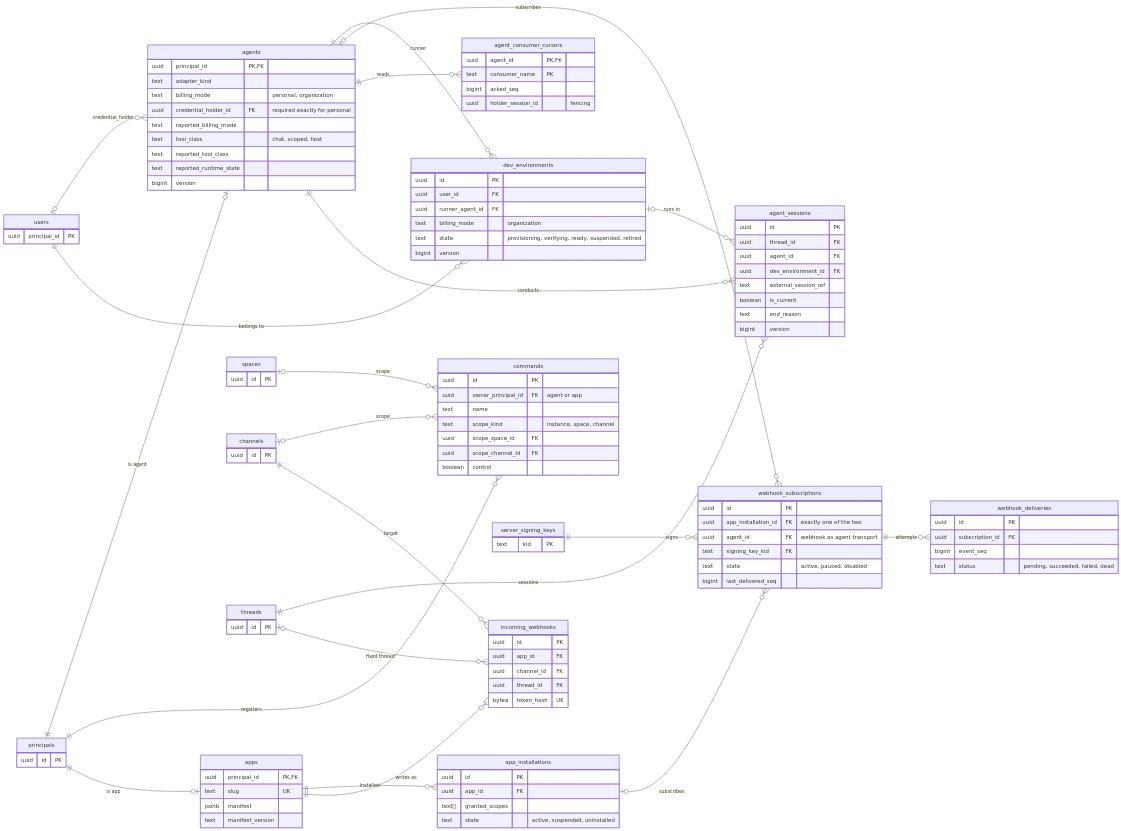
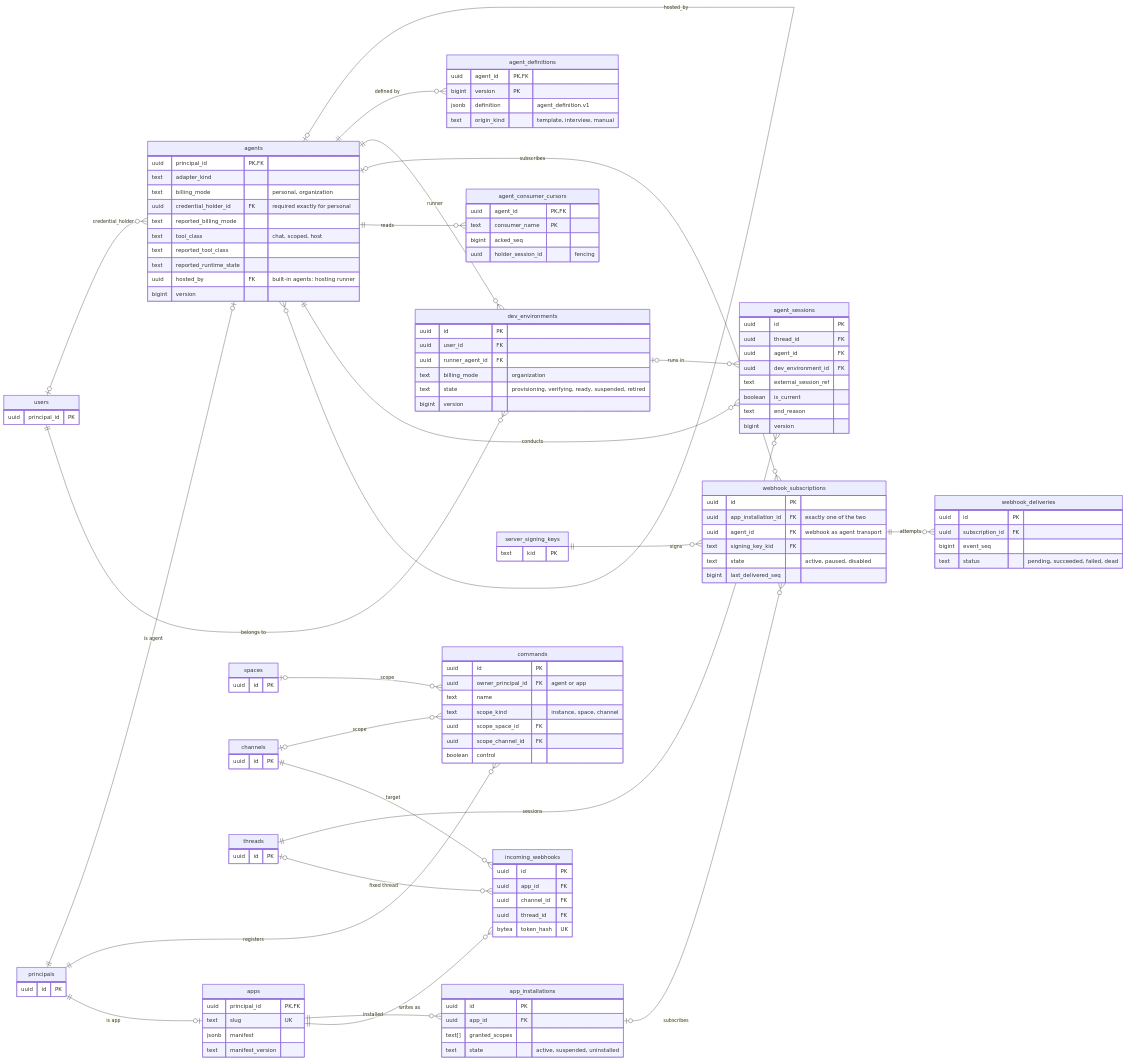
One commit to mguttmann/bothy changed the diagram in docs/architecture/erd-3-agents-apps.mmd. Above: the diagram before and after it, drawn with Mermaid. The commit also changed 43 other files, not shown here.

First line of the commit message:
docs(spec): built-in agents specification, ADR and A1 briefs (A1-01) (#552)

```diff
--- a/docs/architecture/erd-3-agents-apps.mmd
+++ b/docs/architecture/erd-3-agents-apps.mmd
@@ -1,123 +1,133 @@
 %% ERD part 3: modules agents and apps. Source: 03-data-model.md, 4.4, 4.5 (agent_sessions) and 4.11.
 %% dev_environments belongs to the dev environment milestone (21-dev-isolation.md).
+%% agent_definitions and agents.hosted_by belong to stage A1, built-in agents (26-builtin-agents.md).
 %% Pure log columns (created_by, updated_by, granted_by, revoked_by and similar) point to
 %% principals(id) and are not drawn as a relationship.
 %% Tables of other modules only with their key.
 erDiagram
   direction LR
   agents {
     uuid principal_id PK, FK
     text adapter_kind
     text billing_mode "personal, organization"
     uuid credential_holder_id FK "required exactly for personal"
     text reported_billing_mode
     text tool_class "chat, scoped, host"
     text reported_tool_class
     text reported_runtime_state
+    uuid hosted_by FK "built-in agents: hosting runner"
     bigint version
+  }
+  agent_definitions {
+    uuid agent_id PK, FK
+    bigint version PK
+    jsonb definition "agent_definition.v1"
+    text origin_kind "template, interview, manual"
   }
   agent_consumer_cursors {
     uuid agent_id PK, FK
     text consumer_name PK
     bigint acked_seq
     uuid holder_session_id "fencing"
   }
   dev_environments {
     uuid id PK
     uuid user_id FK
     uuid runner_agent_id FK
     text billing_mode "organization"
     text state "provisioning, verifying, ready, suspended, retired"
     bigint version
   }
   commands {
     uuid id PK
     uuid owner_principal_id FK "agent or app"
     text name
     text scope_kind "instance, space, channel"
     uuid scope_space_id FK
     uuid scope_channel_id FK
     boolean control
   }
   agent_sessions {
     uuid id PK
     uuid thread_id FK
     uuid agent_id FK
     uuid dev_environment_id FK
     text external_session_ref
     boolean is_current
     text end_reason
     bigint version
   }
   apps {
     uuid principal_id PK, FK
     text slug UK
     jsonb manifest
     text manifest_version
   }
   app_installations {
     uuid id PK
     uuid app_id FK
     text[] granted_scopes
     text state "active, suspended, uninstalled"
   }
   webhook_subscriptions {
     uuid id PK
     uuid app_installation_id FK "exactly one of the two"
     uuid agent_id FK "webhook as agent transport"
     text signing_key_kid FK
     text state "active, paused, disabled"
     bigint last_delivered_seq
   }
   webhook_deliveries {
     uuid id PK
     uuid subscription_id FK
     bigint event_seq
     text status "pending, succeeded, failed, dead"
   }
   incoming_webhooks {
     uuid id PK
     uuid app_id FK
     uuid channel_id FK
     uuid thread_id FK
     bytea token_hash UK
   }
   principals {
     uuid id PK
   }
   users {
     uuid principal_id PK
   }
   spaces {
     uuid id PK
   }
   channels {
     uuid id PK
   }
   threads {
     uuid id PK
   }
   server_signing_keys {
     text kid PK
   }
 
   principals ||--o| agents : "is agent"
   users |o--o{ agents : "credential_holder"
+  agents |o--o{ agents : "hosted_by"
+  agents ||--o{ agent_definitions : "defined by"
   users ||--o{ dev_environments : "belongs to"
   agents ||--o{ dev_environments : "runner"
   dev_environments |o--o{ agent_sessions : "runs in"
   agents |o--o{ webhook_subscriptions : "subscribes"
   agents ||--o{ agent_consumer_cursors : "reads"
   principals ||--o{ commands : "registers"
   spaces |o--o{ commands : "scope"
   channels |o--o{ commands : "scope"
   threads ||--o{ agent_sessions : "sessions"
   agents ||--o{ agent_sessions : "conducts"
   principals ||--o| apps : "is app"
   apps ||--o{ app_installations : "installed"
   app_installations |o--o{ webhook_subscriptions : "subscribes"
   server_signing_keys ||--o{ webhook_subscriptions : "signs"
   webhook_subscriptions ||--o{ webhook_deliveries : "attempts"
   apps ||--o{ incoming_webhooks : "writes as"
   channels ||--o{ incoming_webhooks : "target"
   threads |o--o{ incoming_webhooks : "fixed thread"
```
